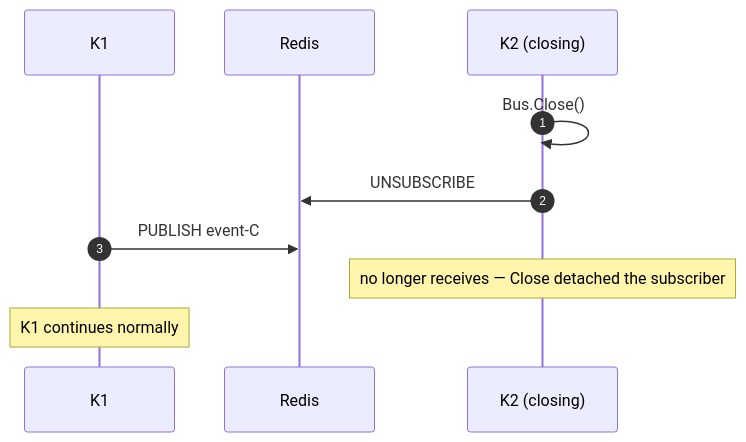
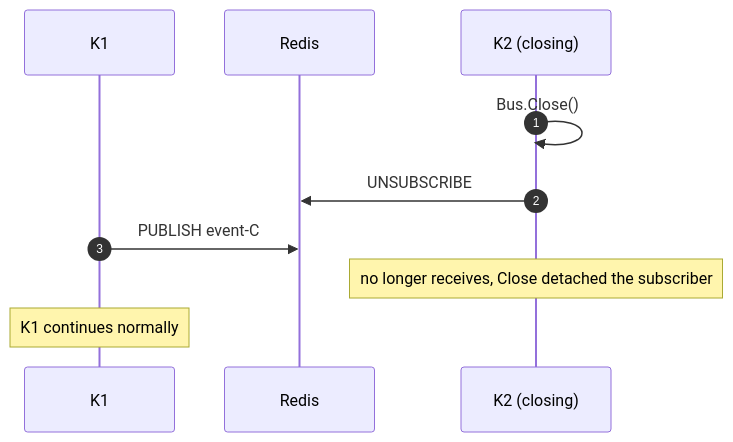
Before and after one commit to panyam/mcpkit: diagram 22 of 22 in docs/MULTI_REPLICA.md, drawn with Mermaid. The commit also changed other lines of this file and 13 other files, not shown here.

````diff
--- a/docs/MULTI_REPLICA.md
+++ b/docs/MULTI_REPLICA.md
@@ -769,13 +769,13 @@
 ```mermaid
 sequenceDiagram
     autonumber
     participant K1 as K1
     participant Redis as Redis
     participant K2 as K2 (closing)
 
     K2->>K2: Bus.Close()
     K2->>Redis: UNSUBSCRIBE
     K1->>Redis: PUBLISH event-C
-    Note over K2: no longer receives — Close detached the subscriber
+    Note over K2: no longer receives, Close detached the subscriber
     Note over K1: K1 continues normally
 ```
````
